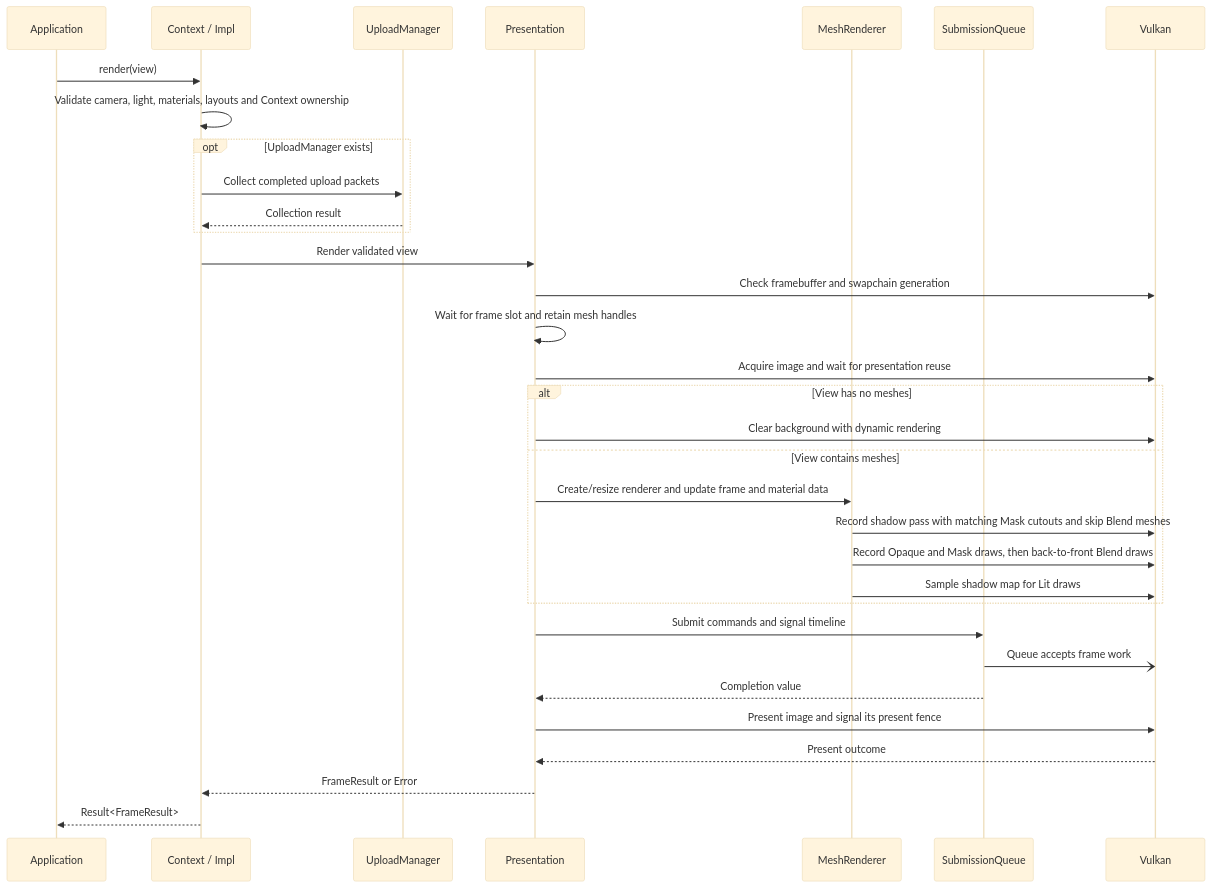
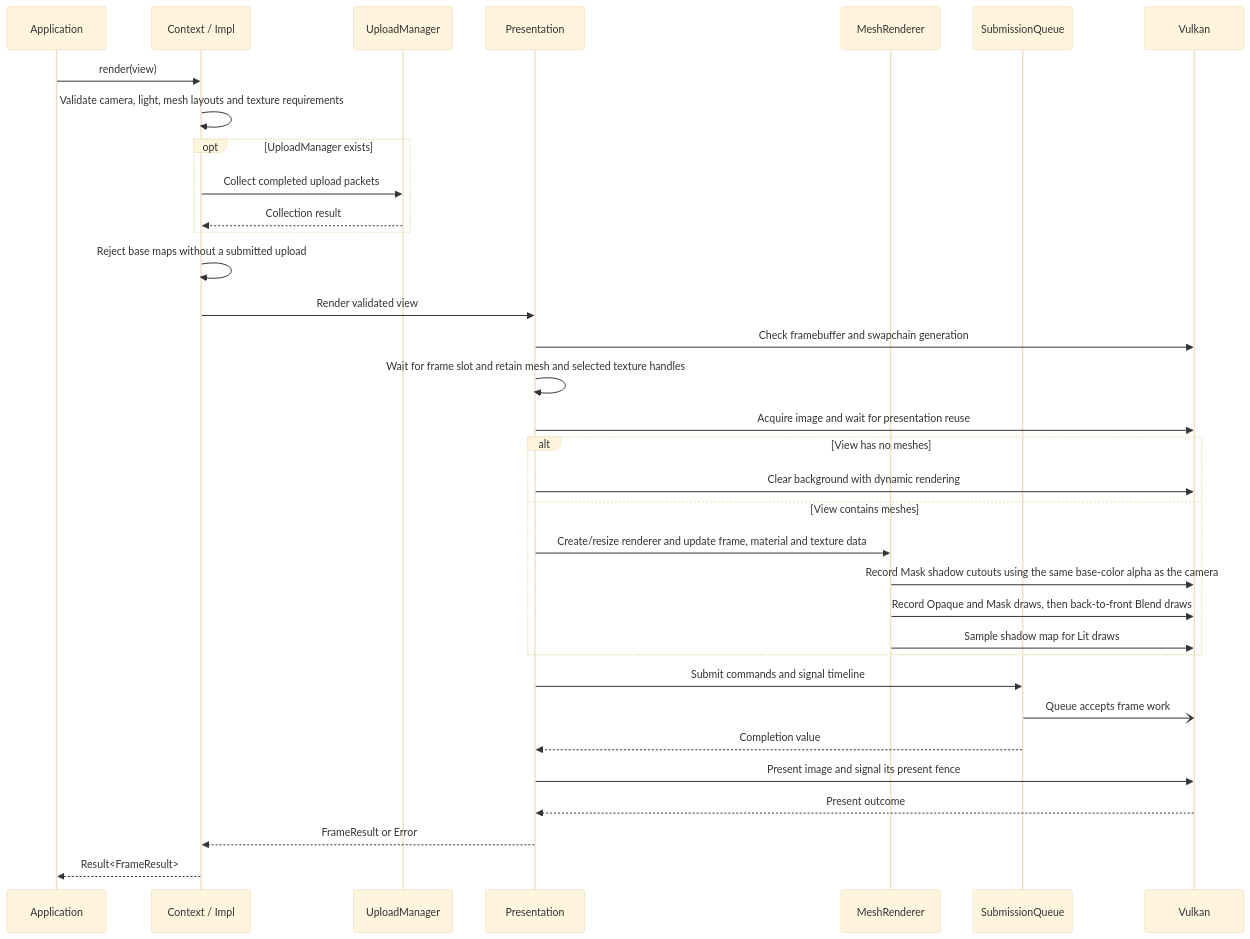
Before and after one commit to a-soltysik/Panda: the diagram in docs/use-cases/render-view.md, drawn with Mermaid (base theme). The commit also changed other lines of this file and 28 other files, not shown here.

Commit message:
Add optional base-color texture maps to mesh materials (#104)

````diff
--- a/docs/use-cases/render-view.md
+++ b/docs/use-cases/render-view.md
@@ -63,35 +69,36 @@
 ```mermaid
 sequenceDiagram
     participant A as Application
     participant C as Context / Impl
     participant U as UploadManager
     participant P as Presentation
     participant R as MeshRenderer
     participant Q as SubmissionQueue
     participant V as Vulkan
     A->>C: render(view)
-    C->>C: Validate camera, light, materials, layouts and Context ownership
+    C->>C: Validate camera, light, mesh layouts and texture requirements
     opt UploadManager exists
         C->>U: Collect completed upload packets
         U-->>C: Collection result
     end
+    C->>C: Reject base maps without a submitted upload
     C->>P: Render validated view
     P->>V: Check framebuffer and swapchain generation
-    P->>P: Wait for frame slot and retain mesh handles
+    P->>P: Wait for frame slot and retain mesh and selected texture handles
     P->>V: Acquire image and wait for presentation reuse
     alt View has no meshes
         P->>V: Clear background with dynamic rendering
     else View contains meshes
-        P->>R: Create/resize renderer and update frame and material data
-        R->>V: Record shadow pass with matching Mask cutouts and skip Blend meshes
+        P->>R: Create/resize renderer and update frame, material and texture data
+        R->>V: Record Mask shadow cutouts using the same base-color alpha as the camera
         R->>V: Record Opaque and Mask draws, then back-to-front Blend draws
         R->>V: Sample shadow map for Lit draws
     end
     P->>Q: Submit commands and signal timeline
     Q-)V: Queue accepts frame work
     Q-->>P: Completion value
     P->>V: Present image and signal its present fence
     V-->>P: Present outcome
     P-->>C: FrameResult or Error
     C-->>A: Result<FrameResult>
 ```
````
